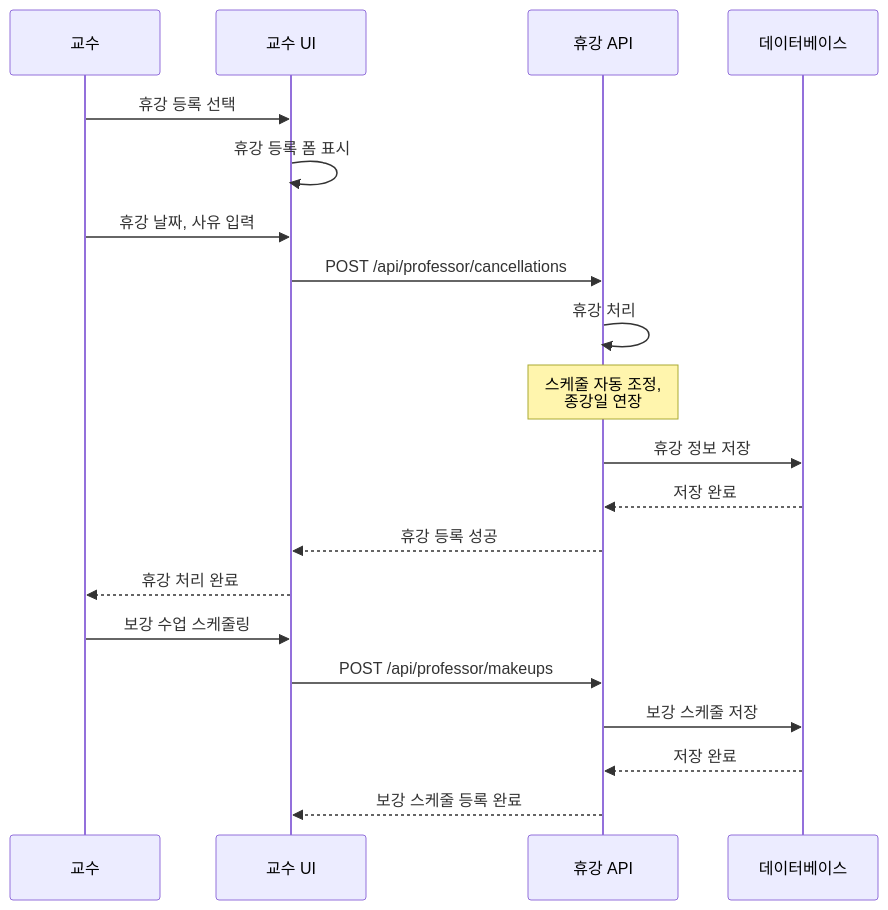
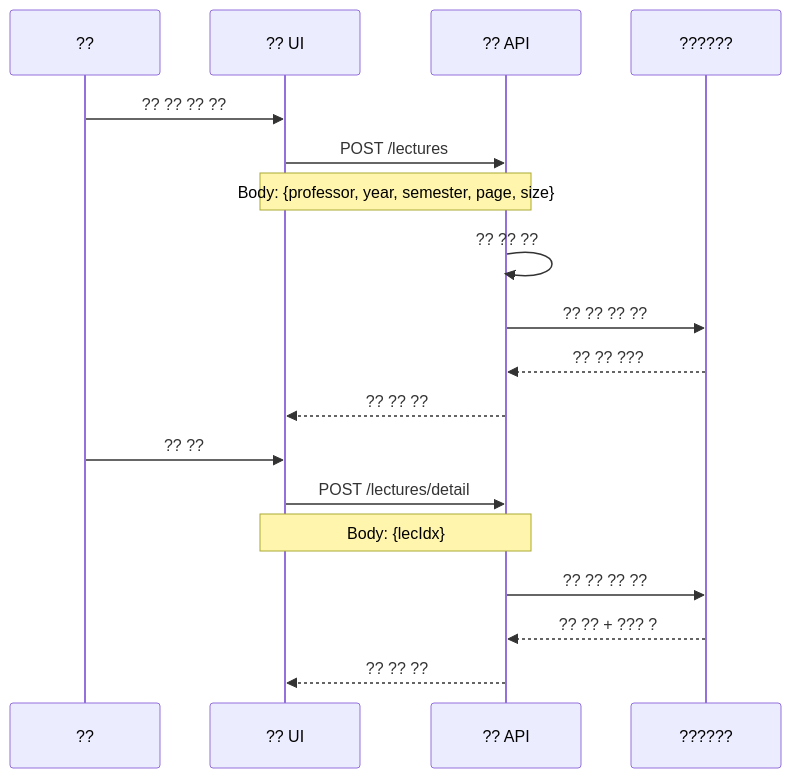
Before and after one commit to hooting76/blue-crab-lms: the diagram in backend/BlueCrab/docs/강의관련기능/05-교수플로우.md, drawn with Mermaid. The commit also changed other lines of this file and 19 other files, not shown here.

````diff
--- a/backend/BlueCrab/docs/강의관련기능/05-교수플로우.md
+++ b/backend/BlueCrab/docs/강의관련기능/05-교수플로우.md
@@ -1271,27 +23,20 @@
 ```mermaid
 sequenceDiagram
-    participant Professor as 교수
-    participant UI as 교수 UI
-    participant API as 휴강 API
-    participant DB as 데이터베이스
-
-    Professor->>UI: 휴강 등록 선택
-    UI->>UI: 휴강 등록 폼 표시
-
-    Professor->>UI: 휴강 날짜, 사유 입력
-    UI->>API: POST /api/professor/cancellations
-    API->>API: 휴강 처리
-    Note over API: 스케줄 자동 조정,<br/>종강일 연장
-
-    API->>DB: 휴강 정보 저장
-    DB-->>API: 저장 완료
-
-    API-->>UI: 휴강 등록 성공
-    UI-->>Professor: 휴강 처리 완료
-
-    Professor->>UI: 보강 수업 스케줄링
-    UI->>API: POST /api/professor/makeups
-    API->>DB: 보강 스케줄 저장
-    DB-->>API: 저장 완료
-    API-->>UI: 보강 스케줄 등록 완료
+    participant Professor as ??
+    participant UI as ?? UI
+    participant API as ?? API
+    participant DB as ??????
+    Professor->>UI: ?? ?? ?? ??
+    UI->>API: POST /lectures
+    Note over UI,API: Body: {professor, year, semester, page, size}
+    API->>API: ?? ?? ??
+    API->>DB: ?? ?? ?? ??
+    DB-->>API: ?? ?? ???
+    API-->>UI: ?? ?? ??
+    Professor->>UI: ?? ??
+    UI->>API: POST /lectures/detail
+    Note over UI,API: Body: {lecIdx}
+    API->>DB: ?? ?? ?? ??
+    DB-->>API: ?? ?? + ??? ?
+    API-->>UI: ?? ?? ??
 ```
````
